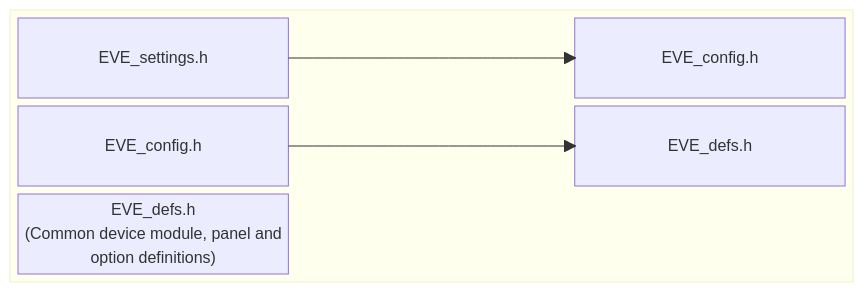
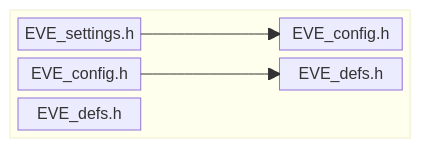
One commit to Bridgetek/Eve-MCU-Dev changed the fourth of 11 diagrams in README.md. Above: the diagram before and after it, drawn with Mermaid. The commit also changed other lines of this file, not shown here.

Commit message:
updates for header dependency diagram readability

````diff
--- a/README.md
+++ b/README.md
@@ -317,15 +320,15 @@
 ```mermaid
 block
   columns 3
 
   block:CONFIG_LAYER[" "]:3
     columns 3
 
     A1["EVE_settings.h"]  space   B1["EVE_config.h"]
     A2["EVE_config.h"]    space   B2["EVE_defs.h"]
-    A3["EVE_defs.h <br> (Common device module, panel and<br> option definitions)"] 
+    A3["EVE_defs.h"] space space
 
     A1 --> B1
     A2 --> B2
   end
 ```
````
